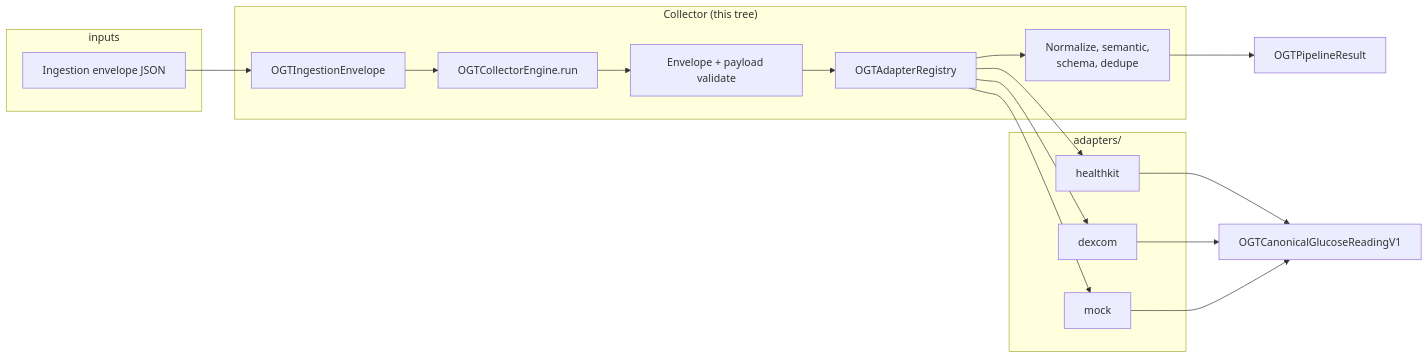
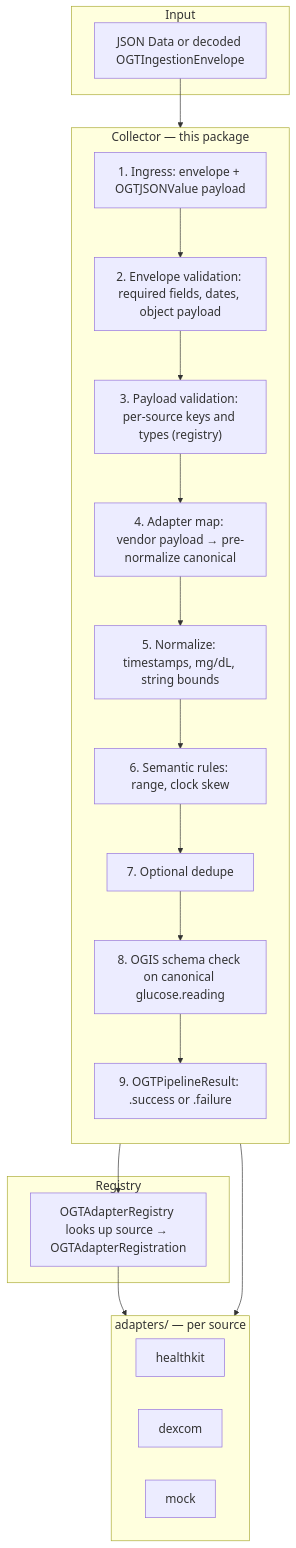
One commit to peterlandis/OpenGlucoseTelemetry changed the diagram in runtimes/swift/Sources/OpenGlucoseTelemetryRuntime/collectors/README.md. Above: the diagram before and after it, drawn with Mermaid. The commit also changed other lines of this file and 1 other file, not shown here.

Commit message:
updating readme for collectors

````diff
--- a/runtimes/swift/Sources/OpenGlucoseTelemetryRuntime/collectors/README.md
+++ b/runtimes/swift/Sources/OpenGlucoseTelemetryRuntime/collectors/README.md
@@ -7,30 +11,37 @@
 ```mermaid
-flowchart LR
-  subgraph inputs
-    JSON["Ingestion envelope JSON"]
+%%{init: {'themeVariables': {'fontSize': '18px'}}}%%
+flowchart TB
+  subgraph in["Input"]
+    W["JSON Data or decoded OGTIngestionEnvelope"]
   end
-  subgraph collectors_collector["Collector (this tree)"]
-    Env["OGTIngestionEnvelope"]
-    Submit["OGTCollectorEngine.run"]
-    Val["Envelope + payload validate"]
-    Reg["OGTAdapterRegistry"]
-    Post["Normalize, semantic,\nschema, dedupe"]
-    Submit --> Val
-    Val --> Reg
-    Reg --> Post
+
+  subgraph coll["Collector — this package"]
+    direction TB
+    E1["1. Ingress: envelope + OGTJSONValue payload"]
+    E2["2. Envelope validation: required fields, dates, object payload"]
+    E3["3. Payload validation: per-source keys and types (registry)"]
+    E4["4. Adapter map: vendor payload → pre-normalize canonical"]
+    E5["5. Normalize: timestamps, mg/dL, string bounds"]
+    E6["6. Semantic rules: range, clock skew"]
+    E7["7. Optional dedupe"]
+    E8["8. OGIS schema check on canonical glucose.reading"]
+    E9["9. OGTPipelineResult: .success or .failure"]
+    E1 --> E2 --> E3 --> E4 --> E5 --> E6 --> E7 --> E8 --> E9
   end
-  subgraph adapters_pkg["adapters/"]
-    A1["healthkit"]
-    A2["dexcom"]
-    A3["mock"]
+
+  subgraph reg["Registry"]
+    R["OGTAdapterRegistry looks up source → OGTAdapterRegistration"]
   end
-  JSON --> Env
-  Env --> Submit
-  Reg --> A1
-  Reg --> A2
-  Reg --> A3
-  A1 --> Out["OGTCanonicalGlucoseReadingV1"]
-  A2 --> Out
-  A3 --> Out
-  Post --> Result["OGTPipelineResult"]
+
+  subgraph ad["adapters/ — per source"]
+    direction LR
+    H["healthkit"]
+    D["dexcom"]
+    M["mock"]
+  end
+
+  W --> E1
+  E3 --> R
+  R --> ad
+  E4 --> ad
 ```
````
